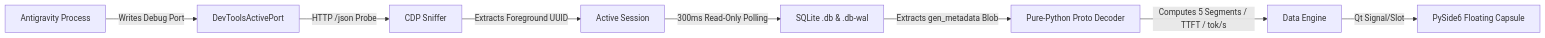
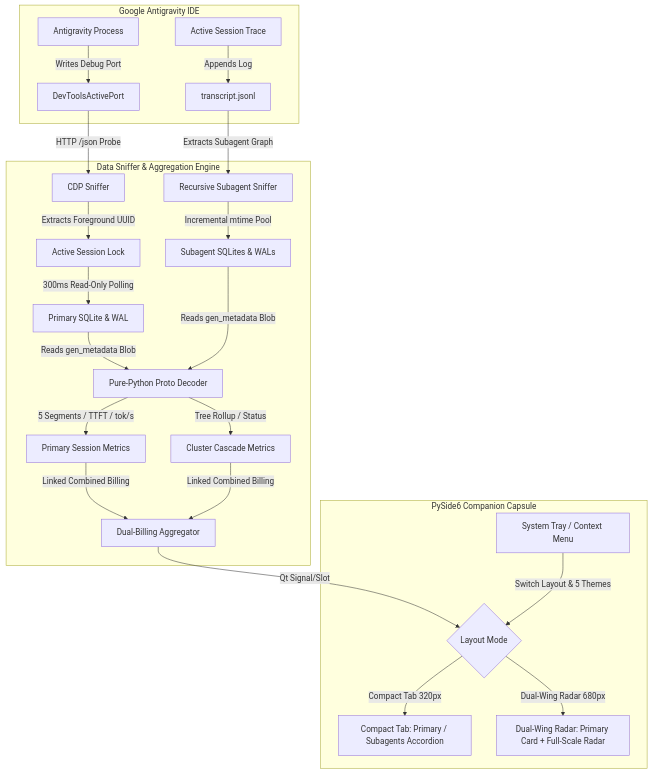
One commit to lzpgood123/antigravity-token-capsule changed the diagram in README_EN.md. Above: the diagram before and after it, drawn with Mermaid. The commit also changed other lines of this file and 9 other files, not shown here.

````diff
--- a/README_EN.md
+++ b/README_EN.md
@@ -96,10 +117,27 @@
 ```mermaid
-flowchart LR
-    A[Antigravity Process] -->|Writes Debug Port| B[DevToolsActivePort]
-    B -->|HTTP /json Probe| C[CDP Sniffer]
-    C -->|Extracts Foreground UUID| D[Active Session]
-    D -->|300ms Read-Only Polling| E[SQLite .db & .db-wal]
-    E -->|Extracts gen_metadata Blob| F[Pure-Python Proto Decoder]
-    F -->|Computes 5 Segments / TTFT / tok/s| G[Data Engine]
-    G -->|Qt Signal/Slot| H[PySide6 Floating Capsule]
+flowchart TD
+    subgraph AntigravityIDE["Google Antigravity IDE"]
+        A[Antigravity Process] -->|Writes Debug Port| B[DevToolsActivePort]
+        C[Active Session Trace] -->|Appends Log| D[transcript.jsonl]
+    end
+
+    subgraph Engine["Data Sniffer & Aggregation Engine"]
+        B -->|HTTP /json Probe| E[CDP Sniffer]
+        E -->|Extracts Foreground UUID| F[Active Session Lock]
+        D -->|Extracts Subagent Graph| G[Recursive Subagent Sniffer]
+        F -->|300ms Read-Only Polling| H[Primary SQLite & WAL]
+        G -->|Incremental mtime Pool| I[Subagent SQLites & WALs]
+        H -->|Reads gen_metadata Blob| J[Pure-Python Proto Decoder]
+        I -->|Reads gen_metadata Blob| J
+        J -->|5 Segments / TTFT / tok/s| K[Primary Session Metrics]
+        J -->|Tree Rollup / Status| L[Cluster Cascade Metrics]
+        K & L -->|Linked Combined Billing| M[Dual-Billing Aggregator]
+    end
+
+    subgraph UI["PySide6 Companion Capsule"]
+        M -->|Qt Signal/Slot| N{Layout Mode}
+        N -->|Compact Tab 320px| O[Compact Tab: Primary / Subagents Accordion]
+        N -->|Dual-Wing Radar 680px| P[Dual-Wing Radar: Primary Card + Full-Scale Radar]
+        Q[System Tray / Context Menu] -->|Switch Layout & 5 Themes| N
+    end
 ```
````
